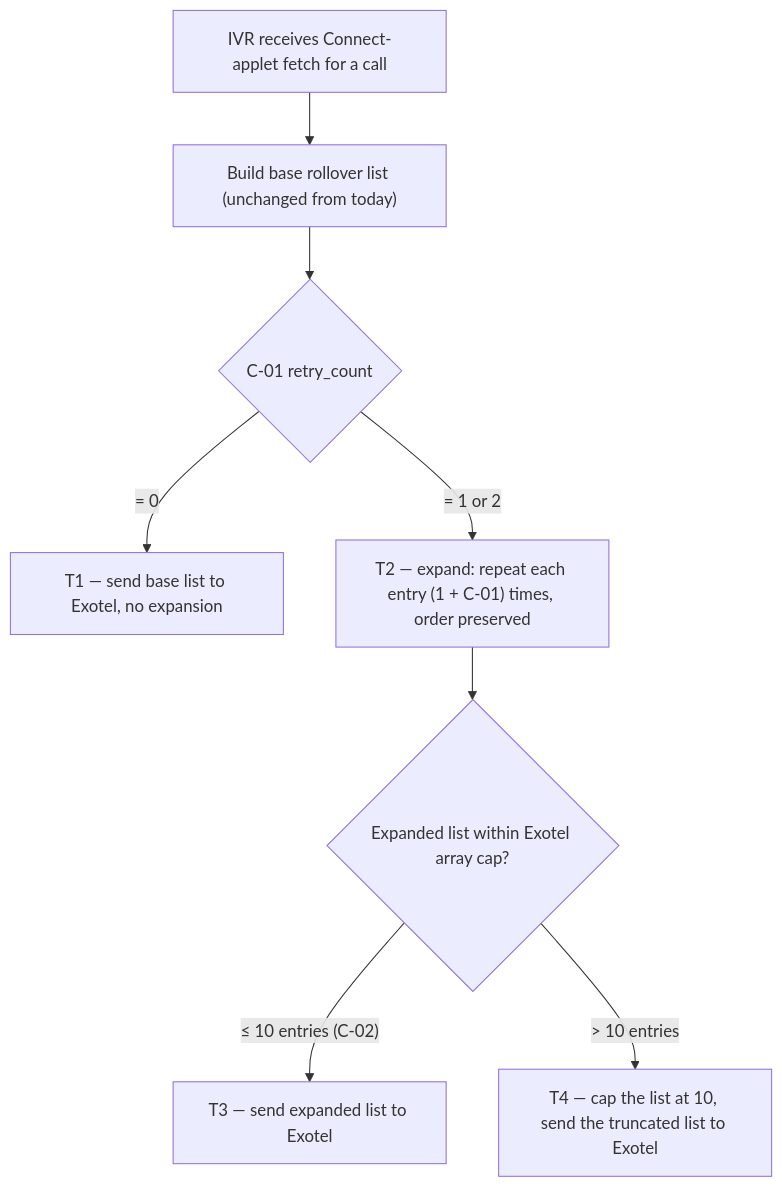
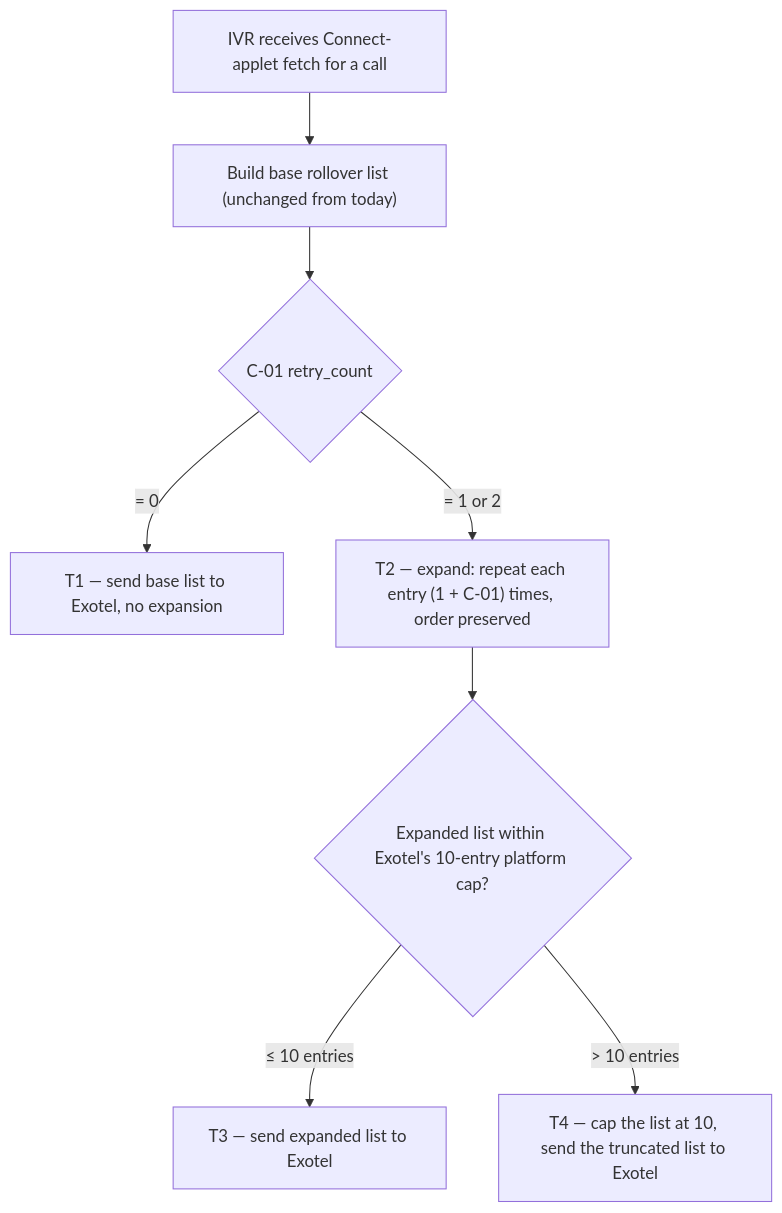
Before and after one commit to ashish-raj-wiom/IVR-Routing-Solutioning: the diagram in IVR_Retry_Count_PRD.md, drawn with Mermaid. The commit also changed other lines of this file, not shown here.

First line of the commit message:
PRD v0.1.4: drop C-02 — Exotel's 10-entry cap is a platform limit, not a Wiom-configurable parameter

````diff
--- a/IVR_Retry_Count_PRD.md
+++ b/IVR_Retry_Count_PRD.md
@@ -53,10 +53,10 @@
 ```mermaid
 flowchart TD
     A["IVR receives Connect-applet fetch for a call"] --> B["Build base rollover list (unchanged from today)"]
     B --> C{"C-01 retry_count"}
     C -- "= 0" --> D["T1 — send base list to Exotel, no expansion"]
     C -- "= 1 or 2" --> E["T2 — expand: repeat each entry (1 + C-01) times, order preserved"]
-    E --> F{"Expanded list within Exotel array cap?"}
-    F -- "≤ 10 entries (C-02)" --> G["T3 — send expanded list to Exotel"]
+    E --> F{"Expanded list within Exotel's 10-entry platform cap?"}
+    F -- "≤ 10 entries" --> G["T3 — send expanded list to Exotel"]
     F -- "> 10 entries" --> H["T4 — cap the list at 10, send the truncated list to Exotel"]
 ```
````
